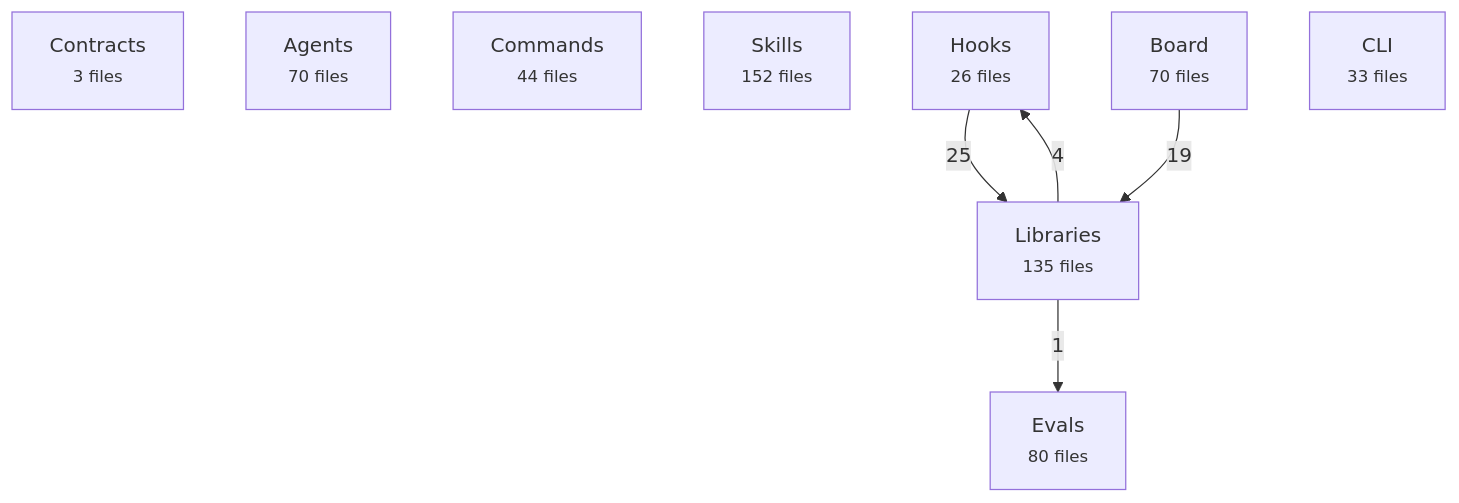
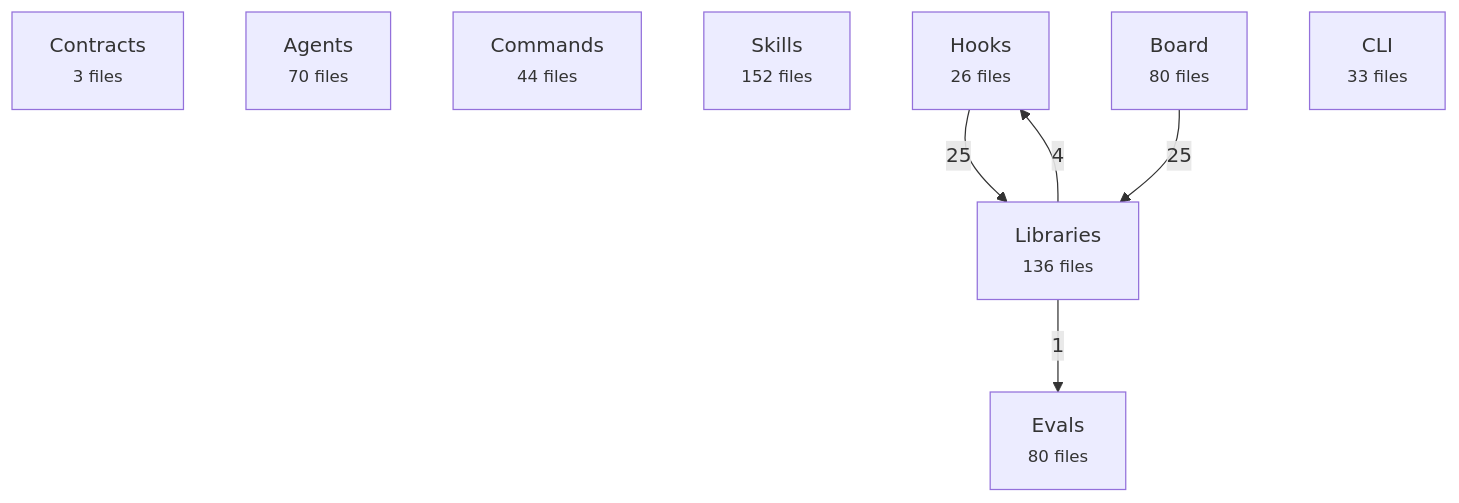
Before and after one commit to avelikiy/great_cto: the first of 2 diagrams in docs/reference/architecture-map.md, drawn with Mermaid. The commit also changed other lines of this file and 10 other files, not shown here.

````diff
--- a/docs/reference/architecture-map.md
+++ b/docs/reference/architecture-map.md
@@ -20,16 +20,16 @@
 ```mermaid
 flowchart TD
   contracts["Contracts<br/><small>3 files</small>"]
   agents["Agents<br/><small>70 files</small>"]
   commands["Commands<br/><small>44 files</small>"]
   skills["Skills<br/><small>152 files</small>"]
   hooks["Hooks<br/><small>26 files</small>"]
-  libs["Libraries<br/><small>135 files</small>"]
-  board["Board<br/><small>70 files</small>"]
+  libs["Libraries<br/><small>136 files</small>"]
+  board["Board<br/><small>80 files</small>"]
   cli["CLI<br/><small>33 files</small>"]
   evals["Evals<br/><small>80 files</small>"]
   hooks -->|25| libs
-  board -->|19| libs
+  board -->|25| libs
   libs -->|4| hooks
   libs -->|1| evals
 ```
````
